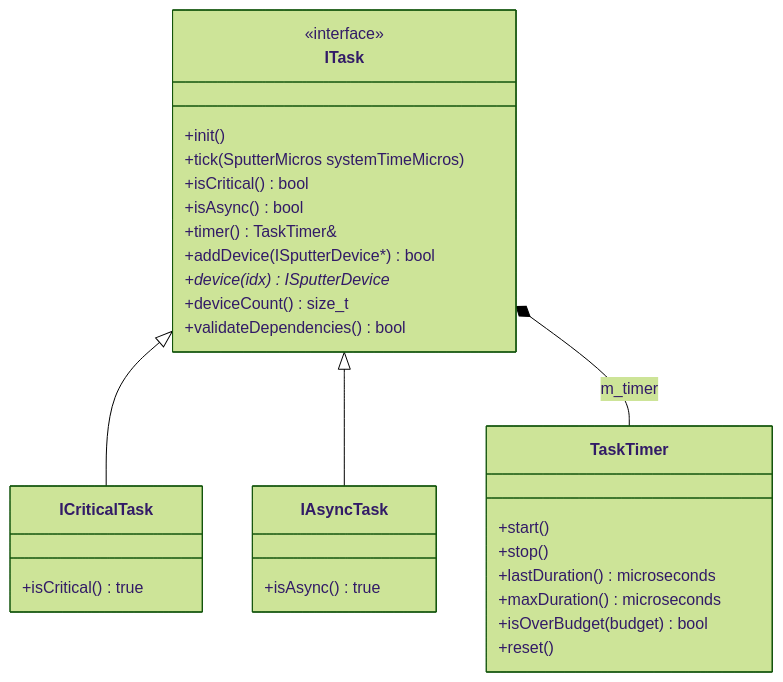
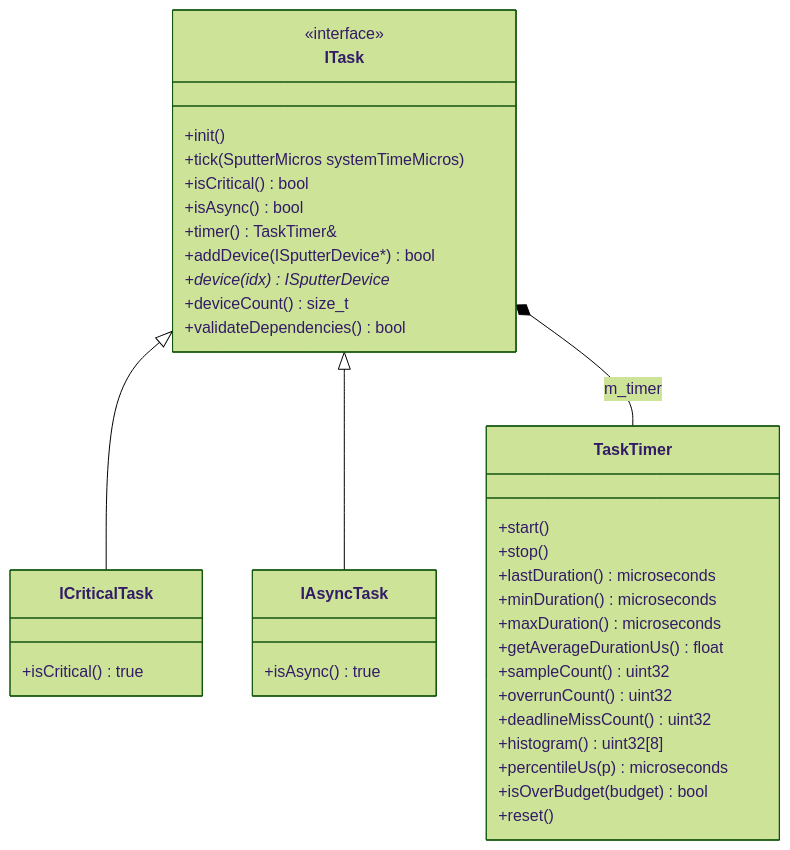
One commit to BlastermanR/SputterOS changed the third of 6 diagrams in docs/SystemArchitecture.md. Above: the diagram before and after it, drawn with Mermaid (forest theme). The commit also changed other lines of this file and 1 other file, not shown here.

````diff
--- a/docs/SystemArchitecture.md
+++ b/docs/SystemArchitecture.md
@@ -250,33 +250,40 @@
 ```mermaid
 classDiagram
     class ITask {
         <<interface>>
         +init()
         +tick(SputterMicros systemTimeMicros)
         +isCritical() bool
         +isAsync() bool
         +timer() TaskTimer&
         +addDevice(ISputterDevice*) bool
         +device(idx) ISputterDevice*
         +deviceCount() size_t
         +validateDependencies() bool
     }
     class ICriticalTask {
         +isCritical() true
     }
     class IAsyncTask {
         +isAsync() true
     }
     class TaskTimer {
         +start()
         +stop()
         +lastDuration() microseconds
+        +minDuration() microseconds
         +maxDuration() microseconds
+        +getAverageDurationUs() float
+        +sampleCount() uint32
+        +overrunCount() uint32
+        +deadlineMissCount() uint32
+        +histogram() uint32[8]
+        +percentileUs(p) microseconds
         +isOverBudget(budget) bool
         +reset()
     }
 
     ITask <|-- ICriticalTask
     ITask <|-- IAsyncTask
     ITask *-- TaskTimer : m_timer
 ```
````
